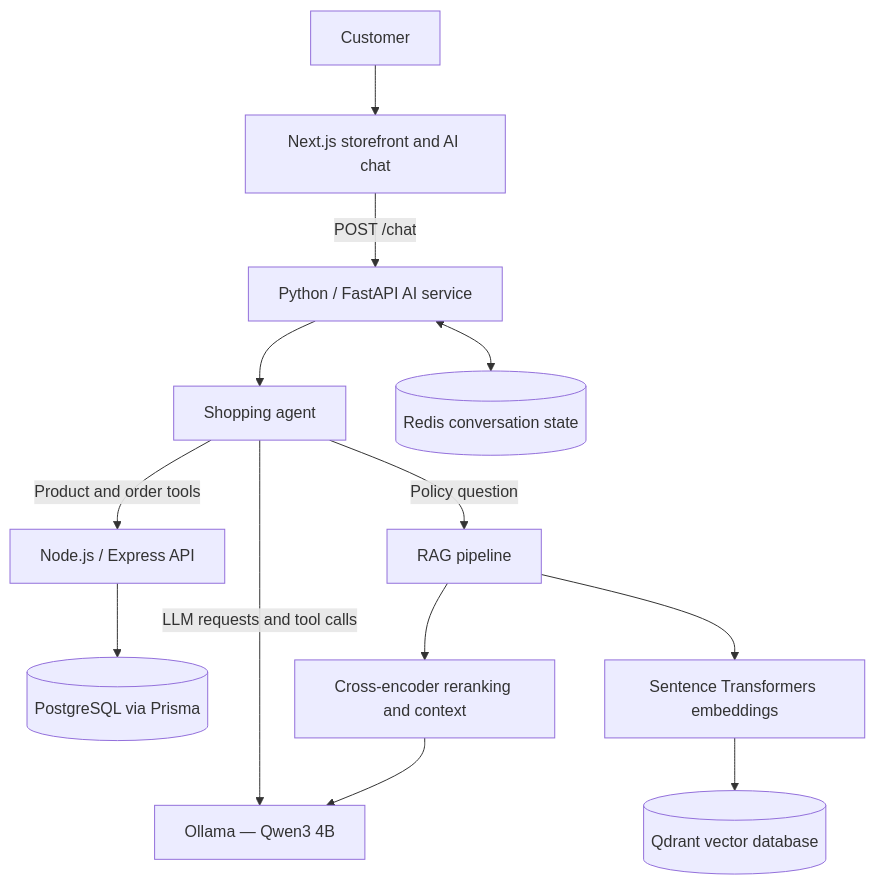
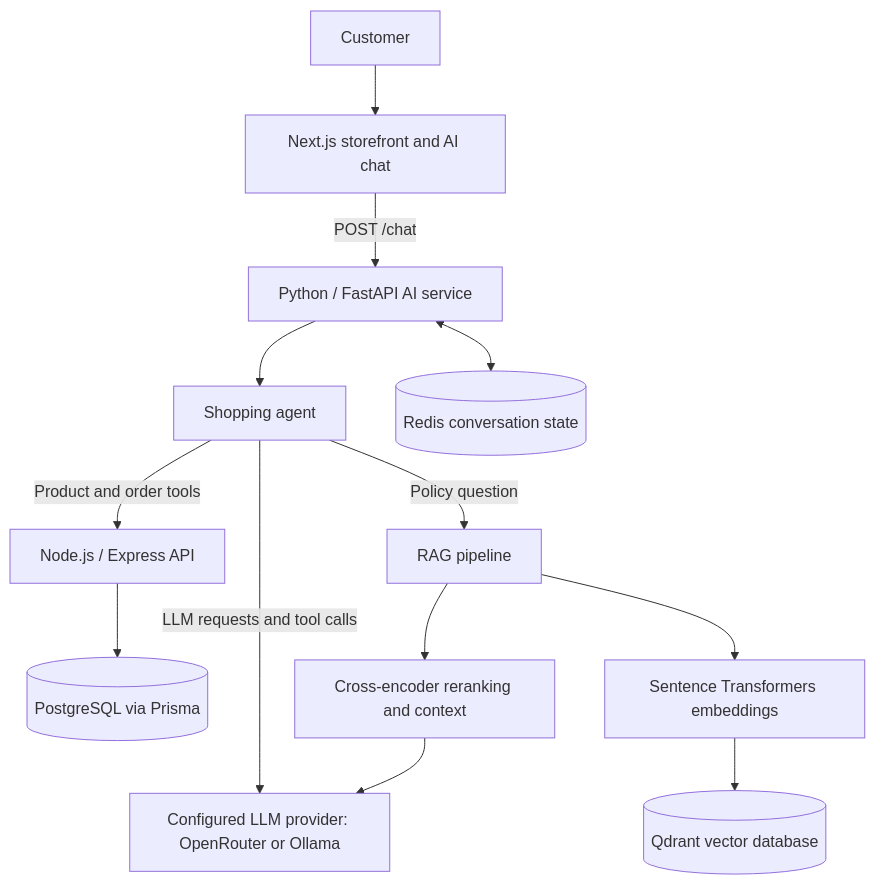
Before and after one commit to PreetsGeethub/kkstore: the diagram in README.md, drawn with Mermaid. The commit also changed other lines of this file, not shown here.

Commit message:
docs: update AI provider and conversation ownership setup

````diff
--- a/README.md
+++ b/README.md
@@ -22,15 +22,15 @@
 ```mermaid
 flowchart TD
     U[Customer] --> FE[Next.js storefront and AI chat]
     FE -->|POST /chat| AI[Python / FastAPI AI service]
     AI --> AG[Shopping agent]
     AG -->|Product and order tools| BE[Node.js / Express API]
     BE --> DB[(PostgreSQL via Prisma)]
-    AG -->|LLM requests and tool calls| LLM[Ollama — Qwen3 4B]
+    AG -->|LLM requests and tool calls| LLM[Configured LLM provider: OpenRouter or Ollama]
     AG -->|Policy question| RAG[RAG pipeline]
     RAG --> EMB[Sentence Transformers embeddings]
     EMB --> Q[(Qdrant vector database)]
     RAG --> RR[Cross-encoder reranking and context]
     RR --> LLM
     AI <--> REDIS[(Redis conversation state)]
 ```
````
